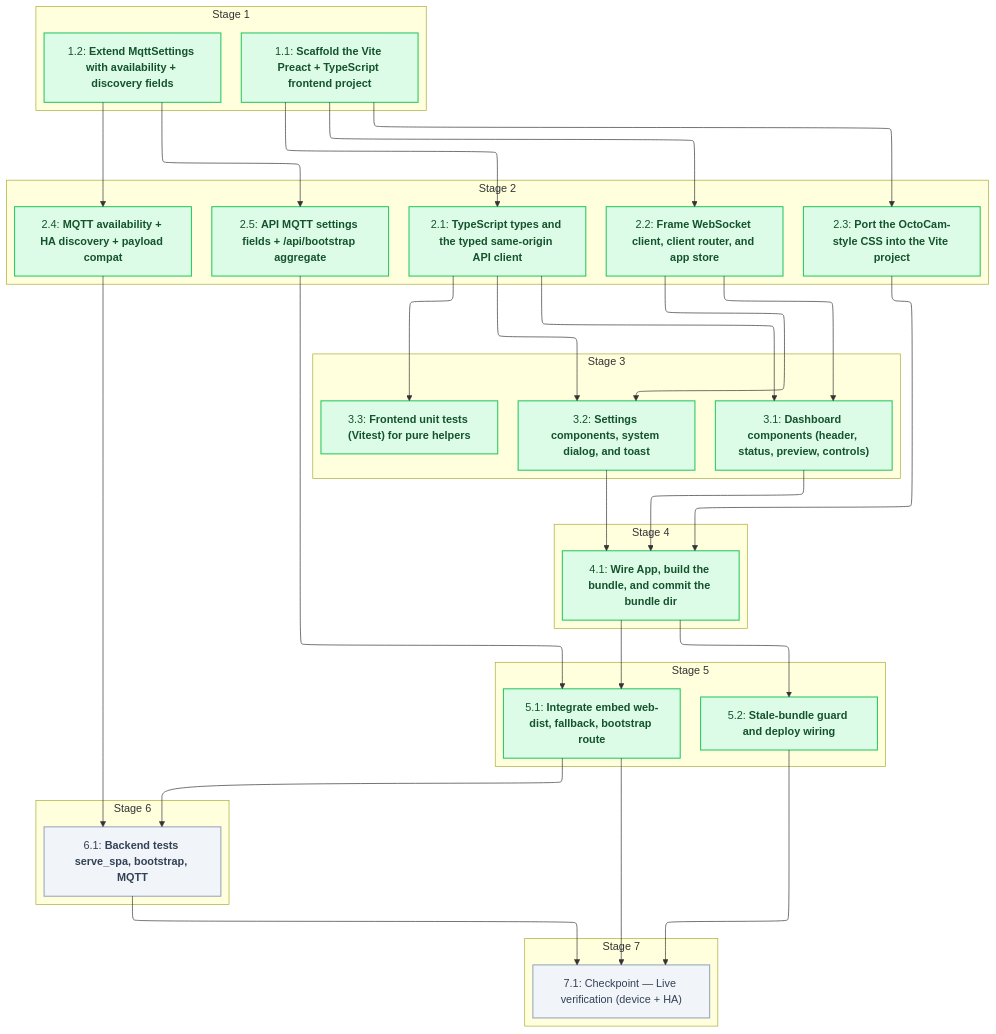
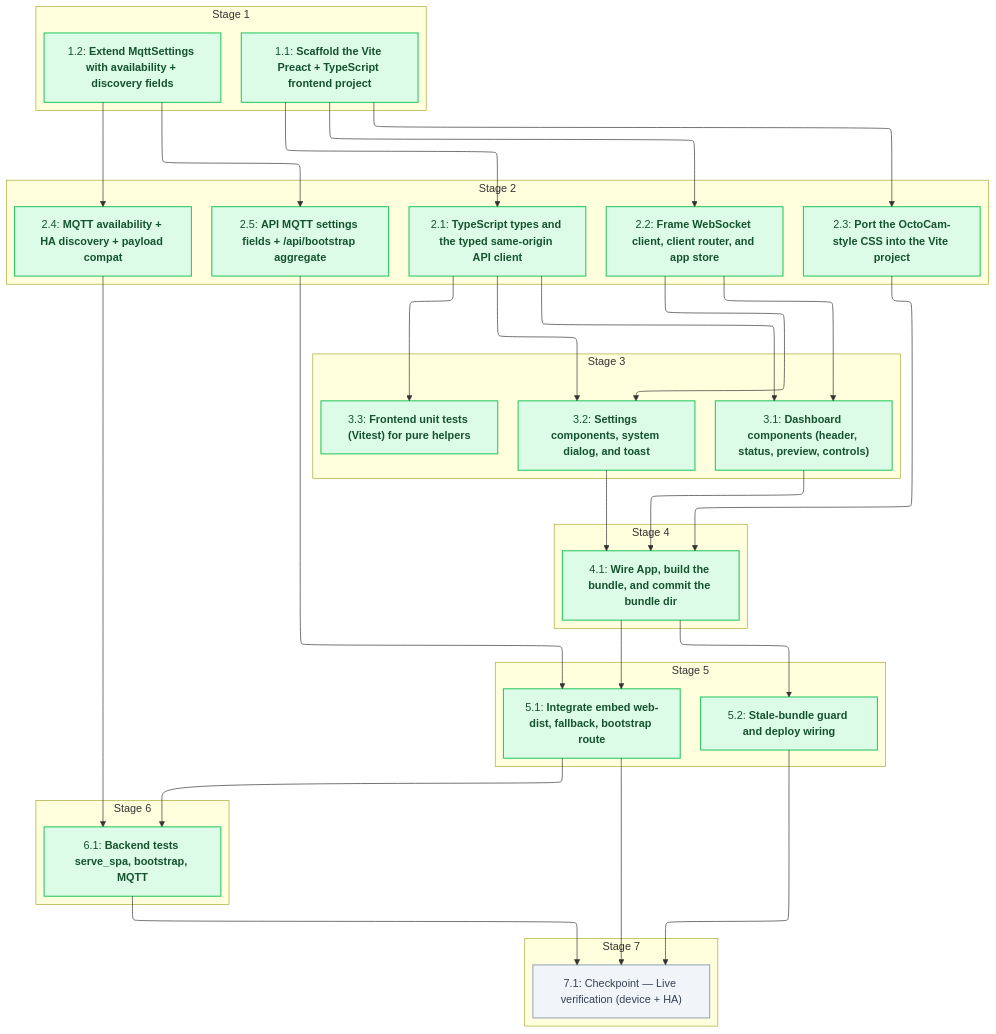
One commit to sohampatwardhan/MoodLightPi changed the diagram in .specs/preact-frontend/04_tasks.md. Above: the diagram before and after it, drawn with Mermaid. The commit also changed other lines of this file and 5 other files, not shown here.

````diff
--- a/.specs/preact-frontend/04_tasks.md
+++ b/.specs/preact-frontend/04_tasks.md
@@ -9,71 +9,71 @@
 ```mermaid
 %%{init: {'flowchart': {'defaultRenderer': 'elk'}}}%%
 flowchart TD
   classDef done fill:#dcfce7,stroke:#22c55e,stroke-width:1.5px,color:#14532d
   classDef pending fill:#f1f5f9,stroke:#94a3b8,stroke-width:1.5px,color:#334155
   subgraph n_stage_1["Stage 1"]
     n_1_1@{ shape: rect, label: "1.1: **Scaffold the Vite Preact + TypeScript frontend project**" }
     n_1_2@{ shape: rect, label: "1.2: **Extend MqttSettings with availability + discovery fields**" }
   end
   subgraph n_stage_2["Stage 2"]
     n_2_1@{ shape: rect, label: "2.1: **TypeScript types and the typed same-origin API client**" }
     n_2_2@{ shape: rect, label: "2.2: **Frame WebSocket client, client router, and app store**" }
     n_2_3@{ shape: rect, label: "2.3: **Port the OctoCam-style CSS into the Vite project**" }
     n_2_4@{ shape: rect, label: "2.4: **MQTT availability + HA discovery + payload compat**" }
     n_2_5@{ shape: rect, label: "2.5: **API MQTT settings fields + /api/bootstrap aggregate**" }
   end
   subgraph n_stage_3["Stage 3"]
     n_3_1@{ shape: rect, label: "3.1: **Dashboard components (header, status, preview, controls)**" }
     n_3_2@{ shape: rect, label: "3.2: **Settings components, system dialog, and toast**" }
     n_3_3@{ shape: rect, label: "3.3: **Frontend unit tests (Vitest) for pure helpers**" }
   end
   subgraph n_stage_4["Stage 4"]
     n_4_1@{ shape: rect, label: "4.1: **Wire App, build the bundle, and commit the bundle dir**" }
   end
   subgraph n_stage_5["Stage 5"]
     n_5_1@{ shape: rect, label: "5.1: **Integrate embed web-dist, fallback, bootstrap route**" }
     n_5_2@{ shape: rect, label: "5.2: **Stale-bundle guard and deploy wiring**" }
   end
   subgraph n_stage_6["Stage 6"]
     n_6_1@{ shape: rect, label: "6.1: **Backend tests serve_spa, bootstrap, MQTT**" }
   end
   subgraph n_stage_7["Stage 7"]
     n_7_1@{ shape: rect, label: "7.1: Checkpoint — Live verification (device + HA)" }
   end
   n_1_1 --> n_2_1
   n_1_1 --> n_2_2
   n_1_1 --> n_2_3
   n_1_2 --> n_2_4
   n_1_2 --> n_2_5
   n_2_1 --> n_3_1
   n_2_2 --> n_3_1
   n_2_1 --> n_3_2
   n_2_2 --> n_3_2
   n_2_1 --> n_3_3
   n_2_3 --> n_4_1
   n_3_1 --> n_4_1
   n_3_2 --> n_4_1
   n_4_1 --> n_5_1
   n_2_5 --> n_5_1
   n_4_1 --> n_5_2
   n_2_4 --> n_6_1
   n_5_1 --> n_6_1
   n_5_1 --> n_7_1
   n_5_2 --> n_7_1
   n_6_1 --> n_7_1
   class n_1_1 done
   class n_1_2 done
   class n_2_1 done
   class n_2_2 done
   class n_2_3 done
   class n_2_4 done
   class n_2_5 done
   class n_3_1 done
   class n_3_2 done
   class n_3_3 done
   class n_4_1 done
   class n_5_1 done
   class n_5_2 done
-  class n_6_1 pending
+  class n_6_1 done
   class n_7_1 pending
 ```
````
